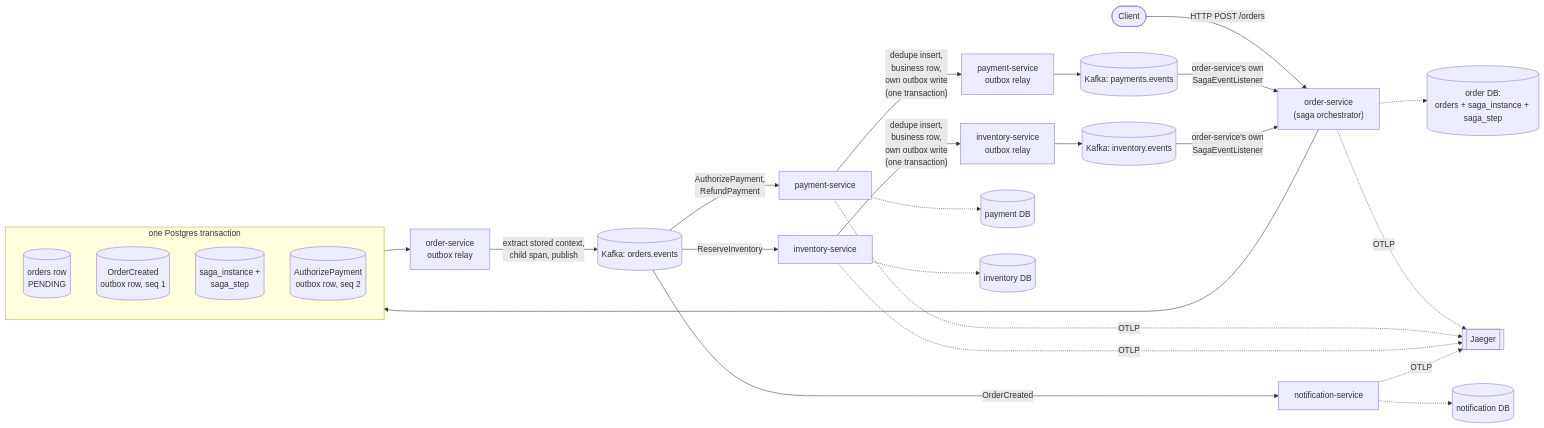
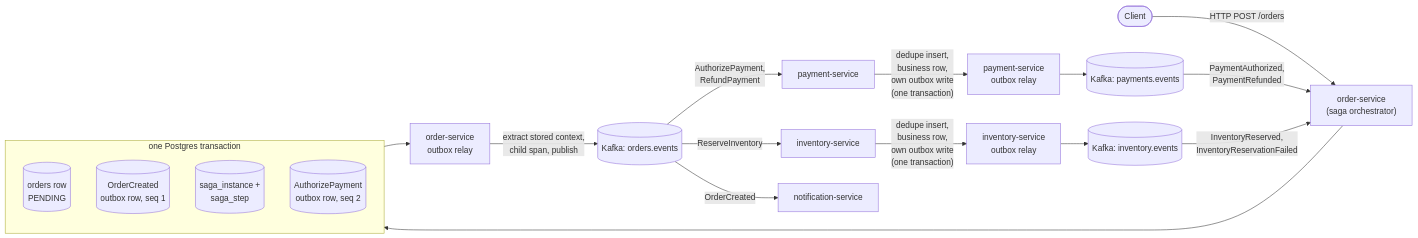
One commit to meetsutariya4448/EventForge changed the second of 3 diagrams in README.md. Above: the diagram before and after it, drawn with Mermaid. The commit also changed other lines of this file, not shown here.

````diff
--- a/README.md
+++ b/README.md
@@ -17,38 +39,28 @@
 ```mermaid
 flowchart LR
     Client([Client]) -->|HTTP POST /orders| Order["order-service<br/>(saga orchestrator)"]
 
     subgraph OrderTx["one Postgres transaction"]
         OrderRow[("orders row<br/>PENDING")]
         OC[("OrderCreated<br/>outbox row, seq 1")]
         SagaRow[("saga_instance +<br/>saga_step")]
         AP[("AuthorizePayment<br/>outbox row, seq 2")]
     end
 
     Order --> OrderTx
     OrderTx --> Relay1["order-service<br/>outbox relay"]
     Relay1 -->|"extract stored context,<br/>child span, publish"| OrdersTopic[("Kafka: orders.events")]
 
     OrdersTopic -->|AuthorizePayment,<br/>RefundPayment| Payment["payment-service"]
     OrdersTopic -->|ReserveInventory| Inventory["inventory-service"]
     OrdersTopic -->|OrderCreated| Notification["notification-service"]
 
     Payment -->|"dedupe insert,<br/>business row,<br/>own outbox write<br/>(one transaction)"| PaymentRelay["payment-service<br/>outbox relay"]
     Inventory -->|"dedupe insert,<br/>business row,<br/>own outbox write<br/>(one transaction)"| InventoryRelay["inventory-service<br/>outbox relay"]
 
     PaymentRelay --> PaymentsTopic[("Kafka: payments.events")]
     InventoryRelay --> InventoryTopic[("Kafka: inventory.events")]
 
-    PaymentsTopic -->|"order-service's own<br/>SagaEventListener"| Order
-    InventoryTopic -->|"order-service's own<br/>SagaEventListener"| Order
-
-    Payment -.-> PaymentDB[("payment DB")]
-    Inventory -.-> InventoryDB[("inventory DB")]
-    Order -.-> OrderDB[("order DB:<br/>orders + saga_instance + saga_step")]
-    Notification -.-> NotificationDB[("notification DB")]
-
-    Order -.->|OTLP| Jaeger[["Jaeger"]]
-    Payment -.->|OTLP| Jaeger
-    Inventory -.->|OTLP| Jaeger
-    Notification -.->|OTLP| Jaeger
+    PaymentsTopic -->|PaymentAuthorized,<br/>PaymentRefunded| Order
+    InventoryTopic -->|InventoryReserved,<br/>InventoryReservationFailed| Order
 ```
````
